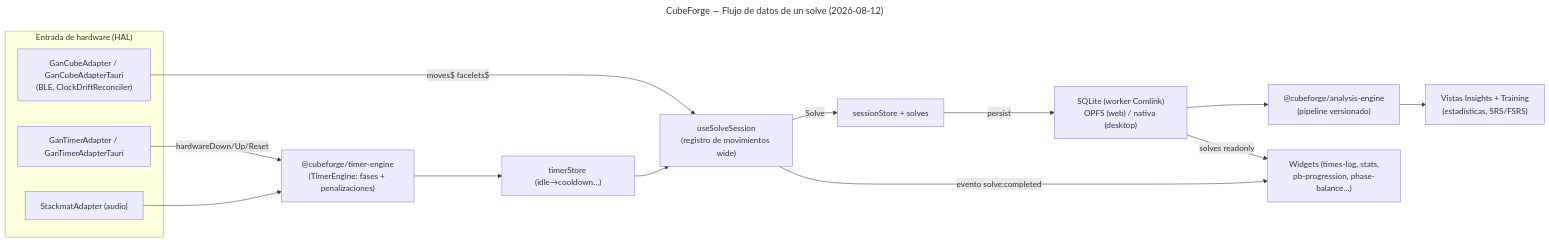
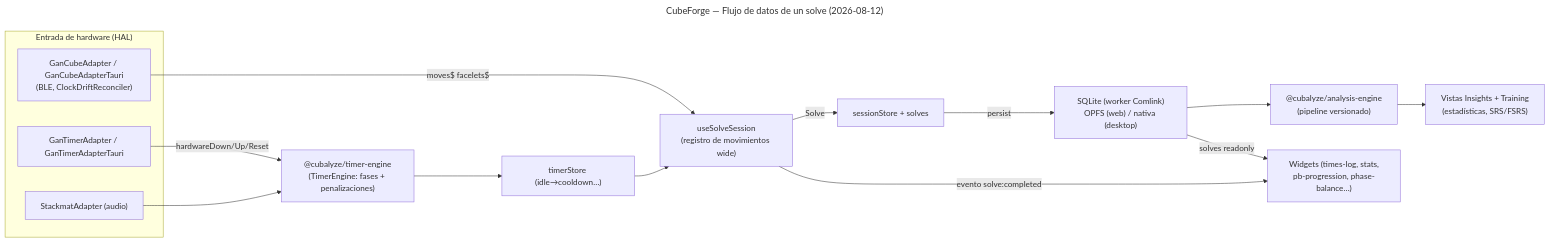
Before and after one commit to Doritozz05/Cubalyze: the diagram in docs/02-architecture/diagrams/data-flow.mmd, drawn with Mermaid. The commit also changed 567 other files, not shown here.

```diff
--- a/docs/02-architecture/diagrams/data-flow.mmd
+++ b/docs/02-architecture/diagrams/data-flow.mmd
@@ -1,32 +1,32 @@
 ---
 title: CubeForge — Flujo de datos de un solve (2026-08-12)
 ---
 %% Flujo verificado contra hooks/stores reales (Fases 1-3).
 
 flowchart LR
     subgraph Hardware["Entrada de hardware (HAL)"]
         cube["GanCubeAdapter / GanCubeAdapterTauri<br/>(BLE, ClockDriftReconciler)"]
         timerHW["GanTimerAdapter / GanTimerAdapterTauri"]
         stackmat["StackmatAdapter (audio)"]
     end
 
-    timer["@cubeforge/timer-engine<br/>(TimerEngine: fases + penalizaciones)"]
+    timer["@cubalyze/timer-engine<br/>(TimerEngine: fases + penalizaciones)"]
     timerStore["timerStore (idle→cooldown…)"]
     solveSession["useSolveSession<br/>(registro de movimientos wide)"]
     sessionStore["sessionStore + solves"]
     db["SQLite (worker Comlink)<br/>OPFS (web) / nativa (desktop)"]
-    analysis["@cubeforge/analysis-engine<br/>(pipeline versionado)"]
+    analysis["@cubalyze/analysis-engine<br/>(pipeline versionado)"]
     widgets["Widgets (times-log, stats,<br/>pb-progression, phase-balance…)"]
     insights["Vistas Insights + Training<br/>(estadísticas, SRS/FSRS)"]
 
     cube -->|"moves$ facelets$"| solveSession
     timerHW -->|"hardwareDown/Up/Reset"| timer
     stackmat --> timer
     timer --> timerStore
     timerStore --> solveSession
     solveSession -->|"Solve"| sessionStore
     sessionStore -->|"persist"| db
     db -->|"solves readonly"| widgets
     db --> analysis
     analysis --> insights
     solveSession -->|"evento solve:completed"| widgets
```
